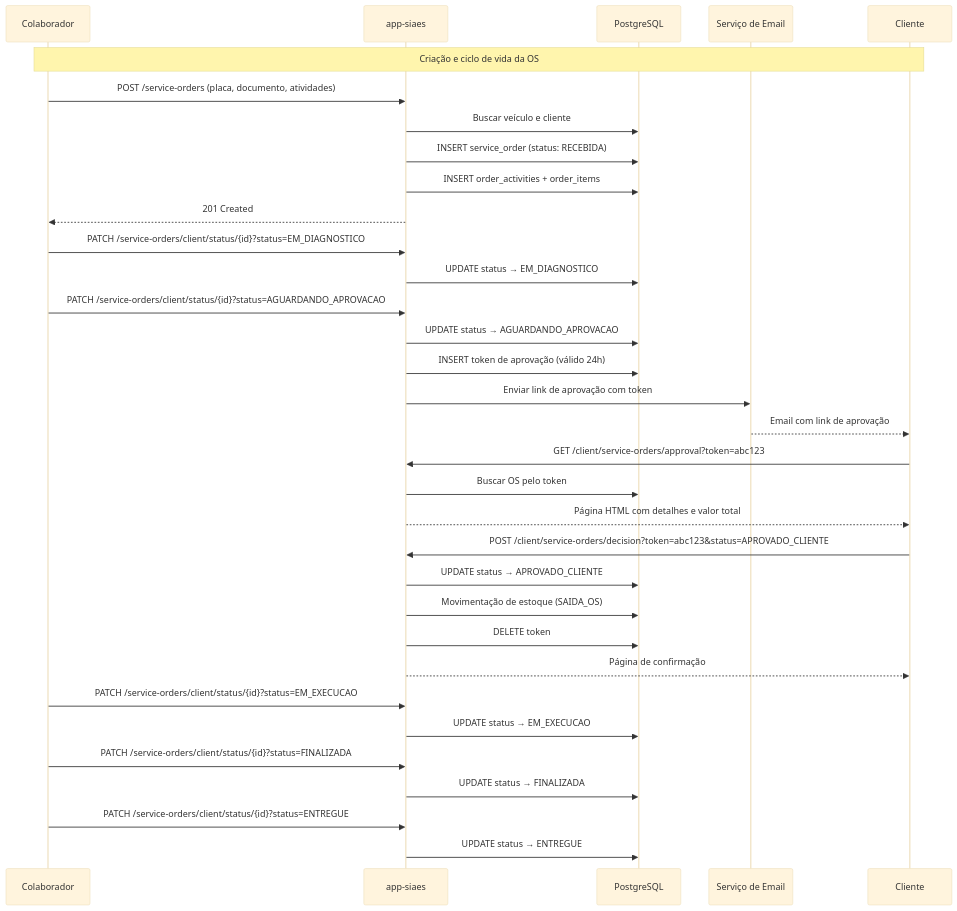
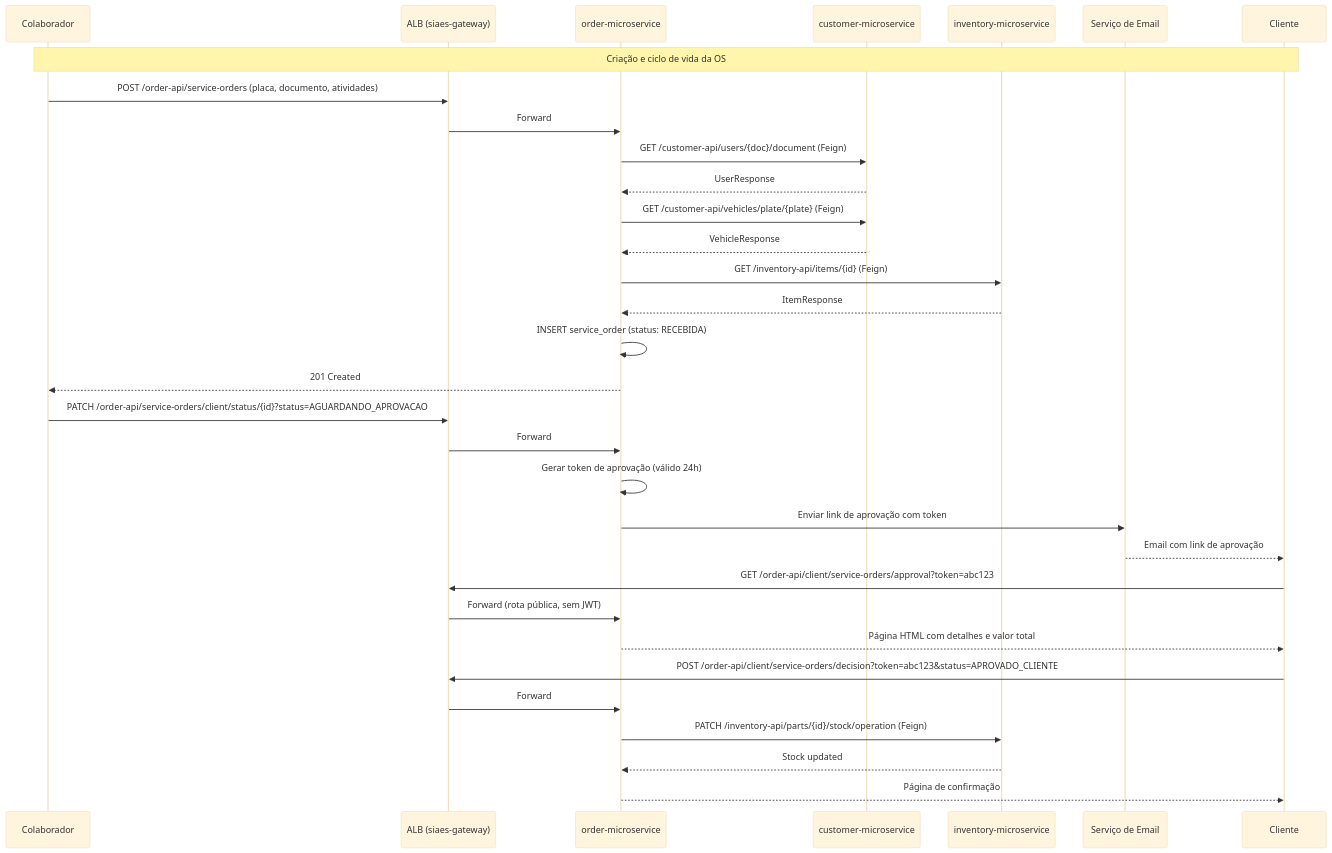
The fourth of 7 diagrams in profile/README.md (NullPointerXp/.github), drawn with Mermaid (base theme) before and after one commit. The commit also changed other lines of this file, not shown here.

First line of the commit message:
docs: atualizar arquitetura para Fase 4 — microserviços com ALB unificado

````diff
--- a/profile/README.md
+++ b/profile/README.md
@@ -95,45 +214,40 @@
 ```mermaid
 sequenceDiagram
     participant Colab as Colaborador
-    participant App as app-siaes
-    participant DB as PostgreSQL
+    participant ALB as ALB (siaes-gateway)
+    participant Order as order-microservice
+    participant Customer as customer-microservice
+    participant Inventory as inventory-microservice
     participant Email as Serviço de Email
     participant Cliente as Cliente
 
     Note over Colab,Cliente: Criação e ciclo de vida da OS
 
-    Colab->>App: POST /service-orders (placa, documento, atividades)
-    App->>DB: Buscar veículo e cliente
-    App->>DB: INSERT service_order (status: RECEBIDA)
-    App->>DB: INSERT order_activities + order_items
-    App-->>Colab: 201 Created
+    Colab->>ALB: POST /order-api/service-orders (placa, documento, atividades)
+    ALB->>Order: Forward
+    Order->>Customer: GET /customer-api/users/{doc}/document (Feign)
+    Customer-->>Order: UserResponse
+    Order->>Customer: GET /customer-api/vehicles/plate/{plate} (Feign)
+    Customer-->>Order: VehicleResponse
+    Order->>Inventory: GET /inventory-api/items/{id} (Feign)
+    Inventory-->>Order: ItemResponse
+    Order->>Order: INSERT service_order (status: RECEBIDA)
+    Order-->>Colab: 201 Created
 
-    Colab->>App: PATCH /service-orders/client/status/{id}?status=EM_DIAGNOSTICO
-    App->>DB: UPDATE status → EM_DIAGNOSTICO
-
-    Colab->>App: PATCH /service-orders/client/status/{id}?status=AGUARDANDO_APROVACAO
-    App->>DB: UPDATE status → AGUARDANDO_APROVACAO
-    App->>DB: INSERT token de aprovação (válido 24h)
-    App->>Email: Enviar link de aprovação com token
+    Colab->>ALB: PATCH /order-api/service-orders/client/status/{id}?status=AGUARDANDO_APROVACAO
+    ALB->>Order: Forward
+    Order->>Order: Gerar token de aprovação (válido 24h)
+    Order->>Email: Enviar link de aprovação com token
 
     Email-->>Cliente: Email com link de aprovação
 
-    Cliente->>App: GET /client/service-orders/approval?token=abc123
-    App->>DB: Buscar OS pelo token
-    App-->>Cliente: Página HTML com detalhes e valor total
+    Cliente->>ALB: GET /order-api/client/service-orders/approval?token=abc123
+    ALB->>Order: Forward (rota pública, sem JWT)
+    Order-->>Cliente: Página HTML com detalhes e valor total
 
-    Cliente->>App: POST /client/service-orders/decision?token=abc123&status=APROVADO_CLIENTE
-    App->>DB: UPDATE status → APROVADO_CLIENTE
-    App->>DB: Movimentação de estoque (SAIDA_OS)
-    App->>DB: DELETE token
-    App-->>Cliente: Página de confirmação
-
-    Colab->>App: PATCH /service-orders/client/status/{id}?status=EM_EXECUCAO
-    App->>DB: UPDATE status → EM_EXECUCAO
-
-    Colab->>App: PATCH /service-orders/client/status/{id}?status=FINALIZADA
-    App->>DB: UPDATE status → FINALIZADA
-
-    Colab->>App: PATCH /service-orders/client/status/{id}?status=ENTREGUE
-    App->>DB: UPDATE status → ENTREGUE
+    Cliente->>ALB: POST /order-api/client/service-orders/decision?token=abc123&status=APROVADO_CLIENTE
+    ALB->>Order: Forward
+    Order->>Inventory: PATCH /inventory-api/parts/{id}/stock/operation (Feign)
+    Inventory-->>Order: Stock updated
+    Order-->>Cliente: Página de confirmação
 ```
````
